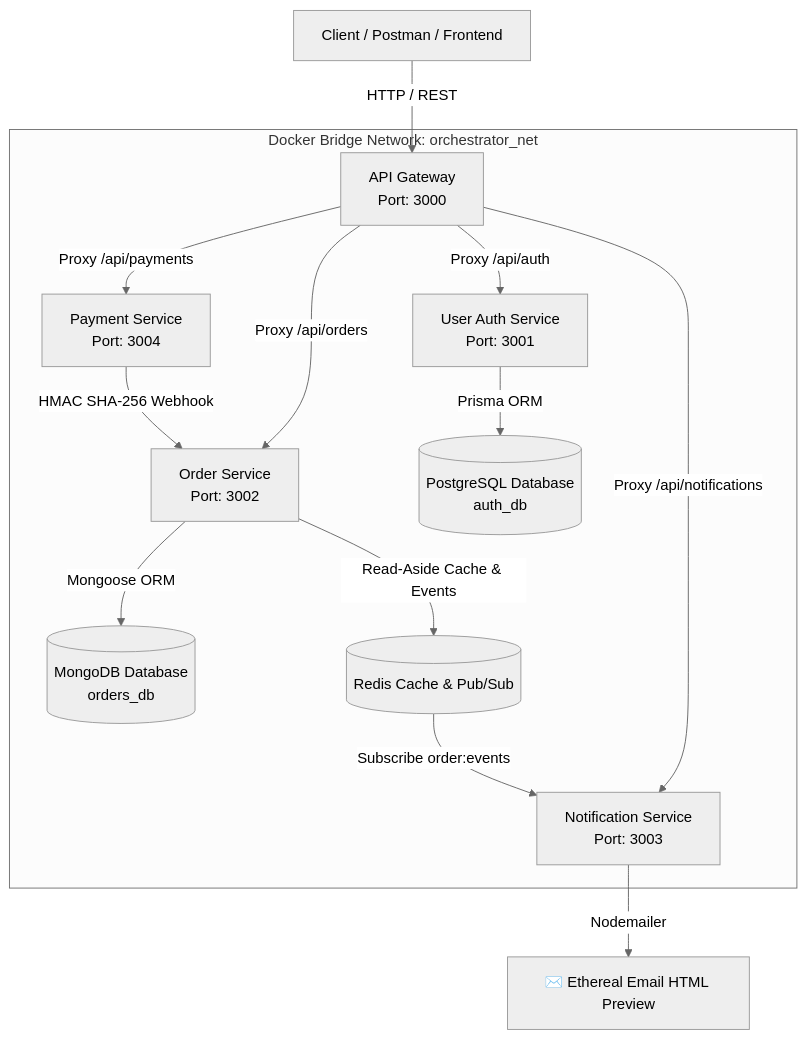
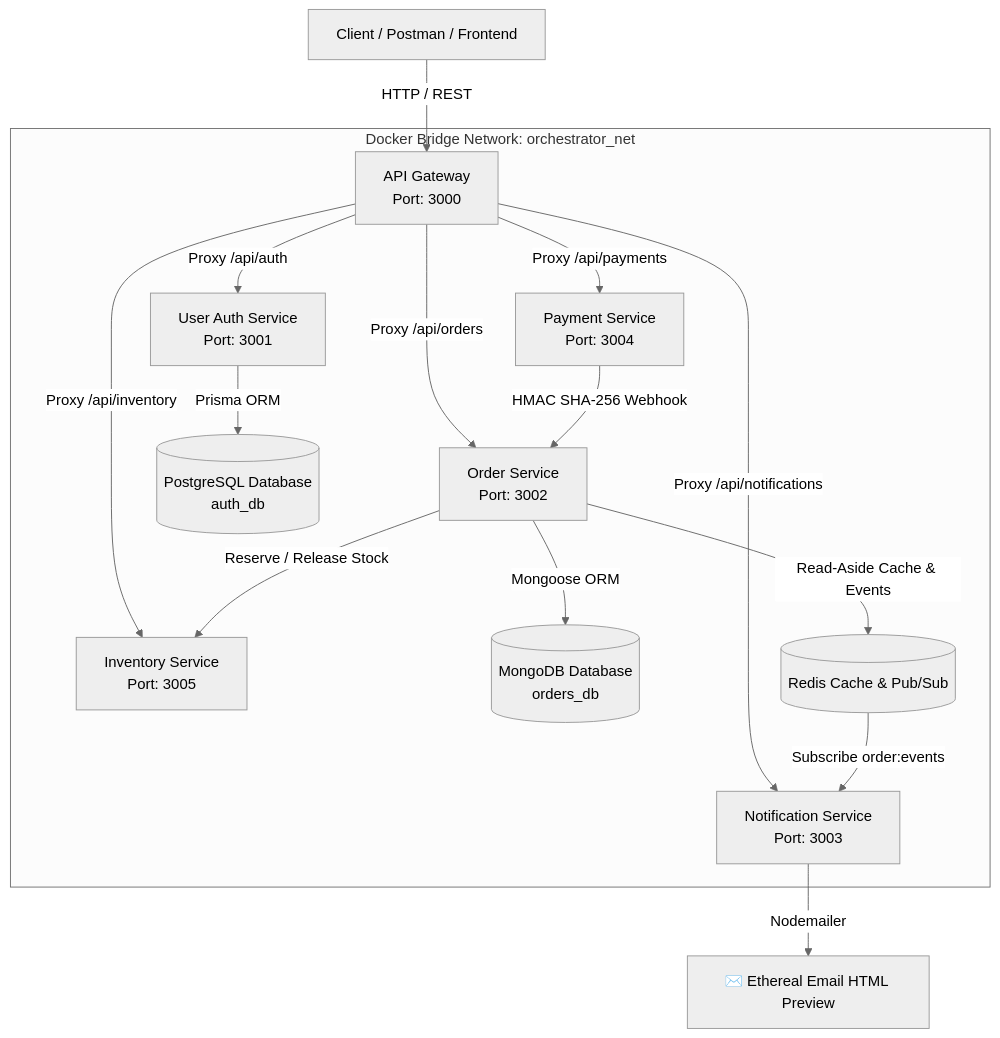
The diagram in README.md (AngelArteachi/Cloud-order-orchestator), drawn with Mermaid (neutral theme) before and after one commit. The commit also changed other lines of this file and 19 other files, not shown here.

Commit message:
feat(inventory-service): add real-time atomic stock control and reservation

````diff
--- a/README.md
+++ b/README.md
@@ -17,23 +17,25 @@
 ```mermaid
 flowchart TD
     Client[Client / Postman / Frontend] -->|HTTP / REST| Gateway[API Gateway\nPort: 3000]
 
     subgraph OrchestratorNet [Docker Bridge Network: orchestrator_net]
         Gateway -->|Proxy /api/auth| AuthService[User Auth Service\nPort: 3001]
         Gateway -->|Proxy /api/orders| OrderService[Order Service\nPort: 3002]
         Gateway -->|Proxy /api/notifications| NotifService[Notification Service\nPort: 3003]
         Gateway -->|Proxy /api/payments| PaymentService[Payment Service\nPort: 3004]
+        Gateway -->|Proxy /api/inventory| InventoryService[Inventory Service\nPort: 3005]
         
         Postgres[(PostgreSQL Database\nauth_db)]
         Mongo[(MongoDB Database\norders_db)]
         Redis[(Redis Cache & Pub/Sub)]
     end
 
     AuthService -->|Prisma ORM| Postgres
     OrderService -->|Mongoose ORM| Mongo
     OrderService -->|Read-Aside Cache & Events| Redis
+    OrderService -->|Reserve / Release Stock| InventoryService
     
     PaymentService -->|HMAC SHA-256 Webhook| OrderService
     Redis -->|Subscribe order:events| NotifService
     NotifService -->|Nodemailer| Ethereal[✉️ Ethereal Email HTML Preview]
 ```
````
